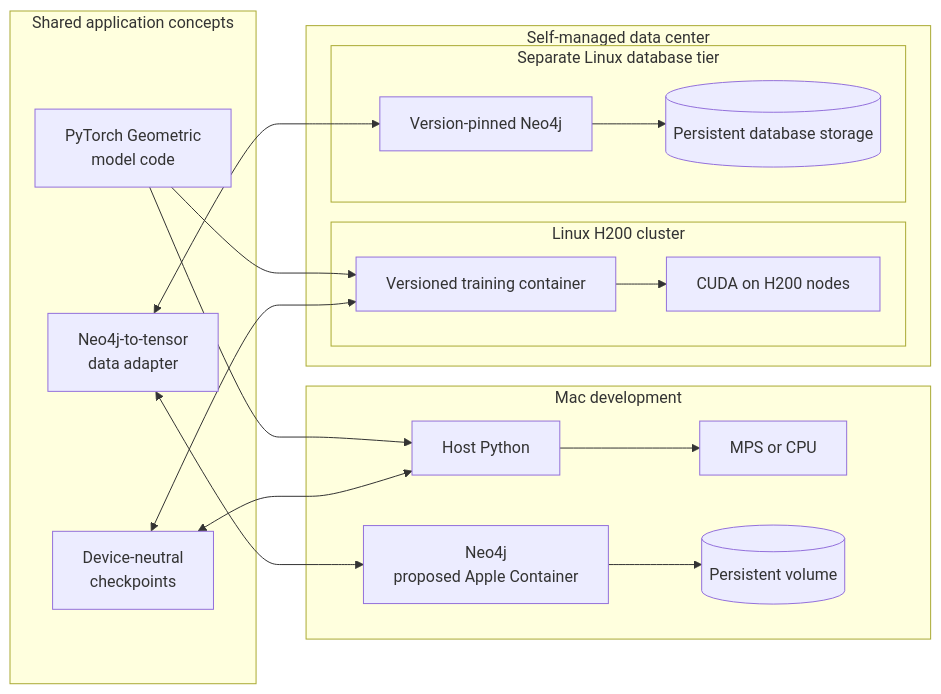
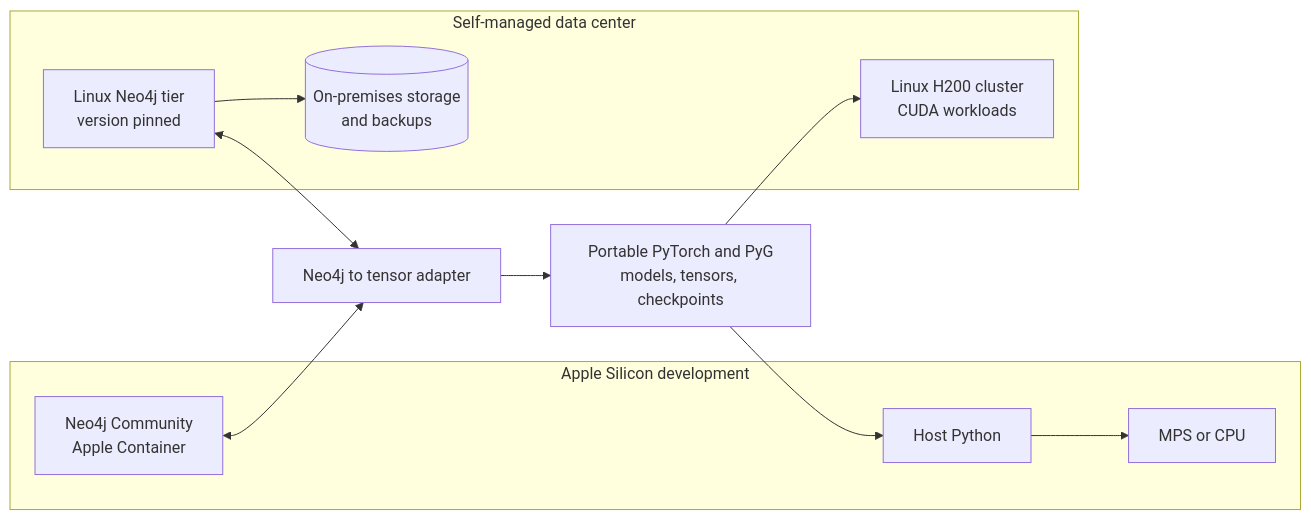
One commit to gh-andirdju/ml changed the diagram in docs/01-architecture/overview.md. Above: the diagram before and after it, drawn with Mermaid. The commit also changed other lines of this file and 19 other files, not shown here.

Commit message:
Add verified local MPS and Neo4j POC

````diff
--- a/docs/01-architecture/overview.md
+++ b/docs/01-architecture/overview.md
@@ -8,37 +9,25 @@
 ```mermaid
 flowchart LR
-    subgraph shared[Shared application concepts]
-        model[PyTorch Geometric<br/>model code]
-        adapter[Neo4j-to-tensor<br/>data adapter]
-        checkpoint[Device-neutral<br/>checkpoints]
-    end
-
-    subgraph mac[Mac development]
+    subgraph local[Apple Silicon development]
         macpy[Host Python]
         mps[MPS or CPU]
-        localneo[Neo4j<br/>proposed Apple Container]
-        volume[(Persistent volume)]
+        localdb[Neo4j Community<br/>Apple Container]
         macpy --> mps
-        localneo --> volume
     end
 
     subgraph dc[Self-managed data center]
-        subgraph cluster[Linux H200 cluster]
-            trainer[Versioned training container]
-            cuda[CUDA on H200 nodes]
-            trainer --> cuda
-        end
-        subgraph dbtier[Separate Linux database tier]
-            dcneo[Version-pinned Neo4j]
-            storage[(Persistent database storage)]
-            dcneo --> storage
-        end
+        h200[Linux H200 cluster<br/>CUDA workloads]
+        proddb[Linux Neo4j tier<br/>version pinned]
+        storage[(On-premises storage<br/>and backups)]
+        proddb --> storage
     end
 
-    adapter <--> localneo
-    adapter <--> dcneo
-    model --> macpy
-    model --> trainer
-    checkpoint <--> macpy
-    checkpoint <--> trainer
+    shared[Portable PyTorch and PyG<br/>models, tensors, checkpoints]
+    adapter[Neo4j to tensor adapter]
+
+    shared --> macpy
+    shared --> h200
+    localdb <--> adapter
+    proddb <--> adapter
+    adapter --> shared
 ```
````
